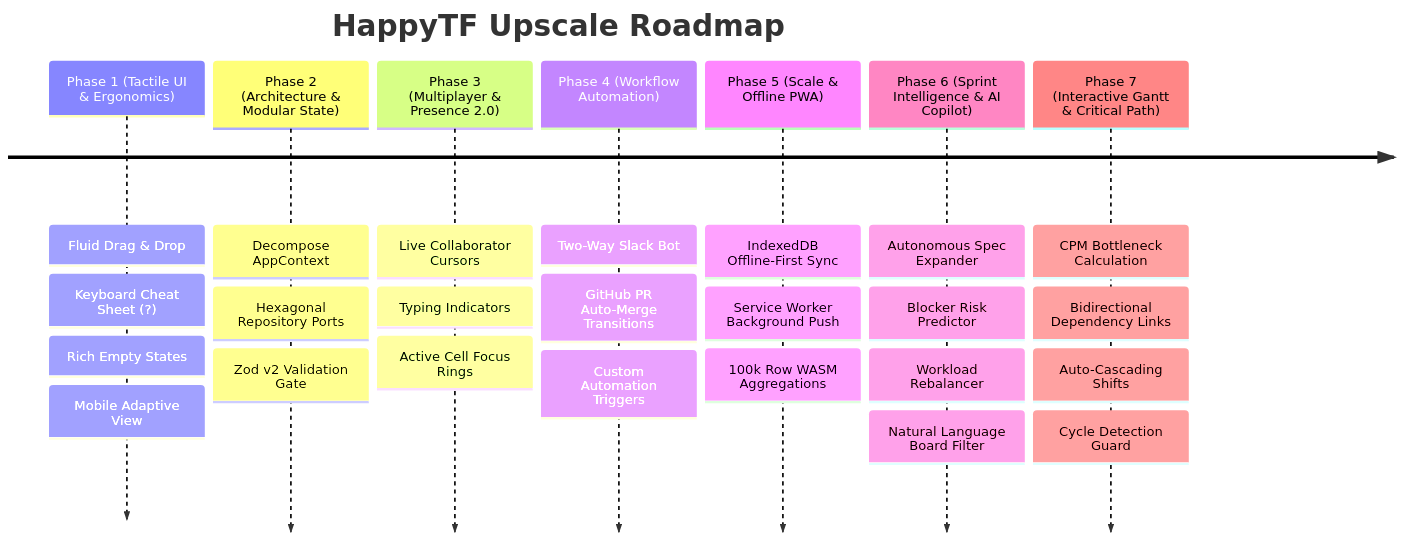
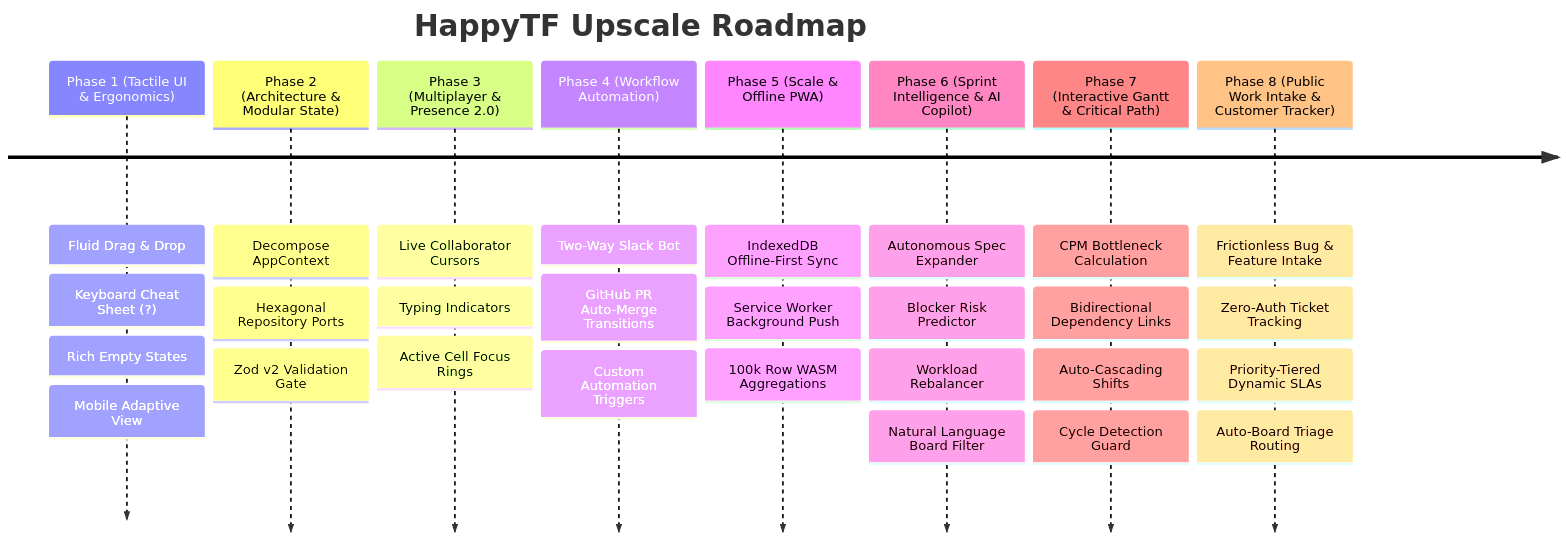
Before and after one commit to Realwaan/HappyTF: the diagram in UPSCALE.md, drawn with Mermaid. The commit also changed other lines of this file and 9 other files, not shown here.

Commit message:
feat(intake): implement Phase 8 public work intake portal and customer request tracking

````diff
--- a/UPSCALE.md
+++ b/UPSCALE.md
@@ -14,11 +14,12 @@
 ```mermaid
 timeline
     title HappyTF Upscale Roadmap
     Phase 1 (Tactile UI & Ergonomics) : Fluid Drag & Drop : Keyboard Cheat Sheet (?) : Rich Empty States : Mobile Adaptive View
     Phase 2 (Architecture & Modular State) : Decompose AppContext : Hexagonal Repository Ports : Zod v2 Validation Gate
     Phase 3 (Multiplayer & Presence 2.0) : Live Collaborator Cursors : Typing Indicators : Active Cell Focus Rings
     Phase 4 (Workflow Automation) : Two-Way Slack Bot : GitHub PR Auto-Merge Transitions : Custom Automation Triggers
     Phase 5 (Scale & Offline PWA) : IndexedDB Offline-First Sync : Service Worker Background Push : 100k Row WASM Aggregations
     Phase 6 (Sprint Intelligence & AI Copilot) : Autonomous Spec Expander : Blocker Risk Predictor : Workload Rebalancer : Natural Language Board Filter
     Phase 7 (Interactive Gantt & Critical Path) : CPM Bottleneck Calculation : Bidirectional Dependency Links : Auto-Cascading Shifts : Cycle Detection Guard
+    Phase 8 (Public Work Intake & Customer Tracker) : Frictionless Bug & Feature Intake : Zero-Auth Ticket Tracking : Priority-Tiered Dynamic SLAs : Auto-Board Triage Routing
 ```
````
